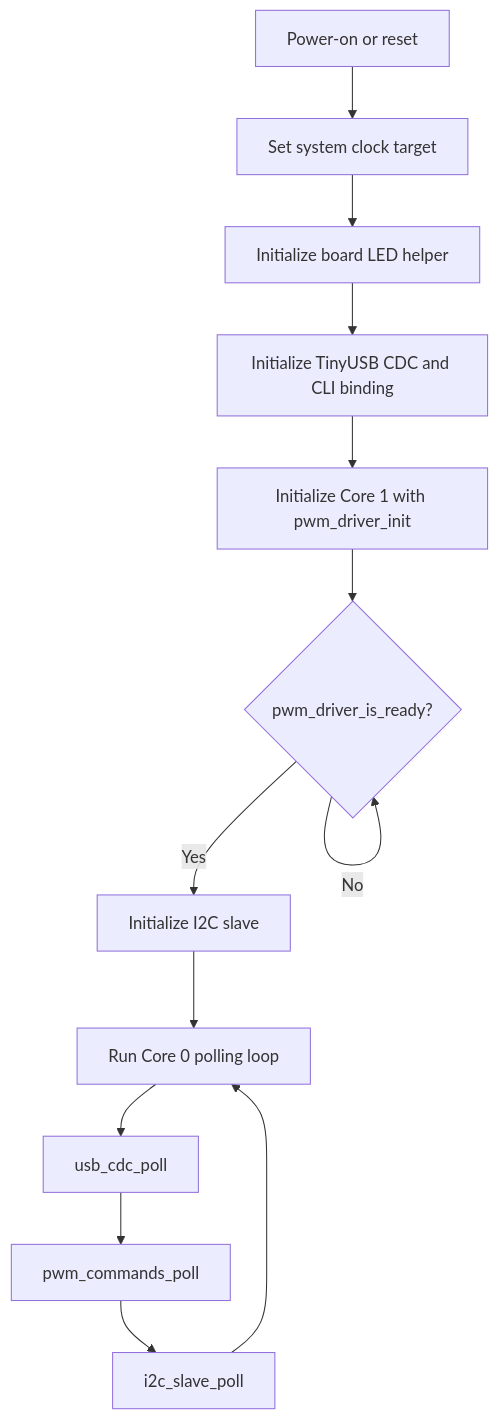
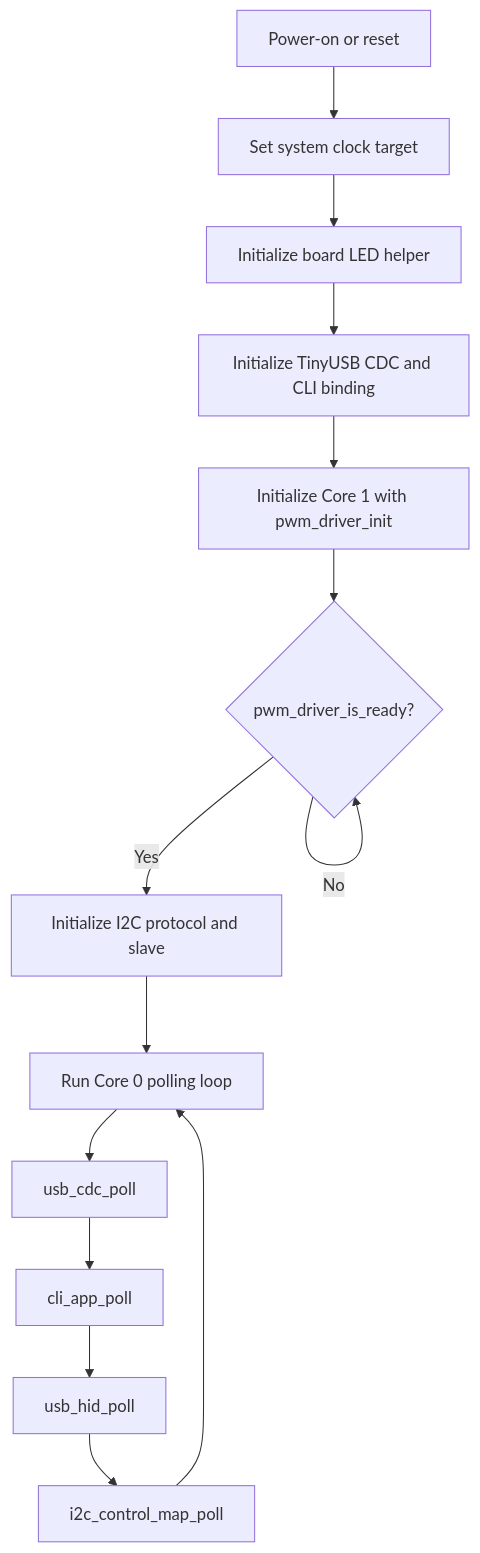
The fourth of 4 diagrams in docs/design/architecture.md (djwinter29-oss/PicoPWM), drawn with Mermaid before and after one commit. The commit also changed other lines of this file and 121 other files, not shown here.

````diff
--- a/docs/design/architecture.md
+++ b/docs/design/architecture.md
@@ -314,15 +318,16 @@
 ```mermaid
 flowchart TD
     Reset[Power-on or reset] --> Clock[Set system clock target]
     Clock --> LED[Initialize board LED helper]
     LED --> USB[Initialize TinyUSB CDC and CLI binding]
     USB --> Launch[Initialize Core 1 with pwm_driver_init]
     Launch --> Ready{pwm_driver_is_ready?}
     Ready -- No --> Ready
-    Ready -- Yes --> I2C[Initialize I2C slave]
+    Ready -- Yes --> I2C[Initialize I2C protocol and slave]
     I2C --> Loop[Run Core 0 polling loop]
     Loop --> USBPoll[usb_cdc_poll]
-    USBPoll --> CLIPoll[pwm_commands_poll]
-    CLIPoll --> I2CPoll[i2c_slave_poll]
+    USBPoll --> CLIPoll[cli_app_poll]
+    CLIPoll --> HIDPoll[usb_hid_poll]
+    HIDPoll --> I2CPoll[i2c_control_map_poll]
     I2CPoll --> Loop
 ```
````
